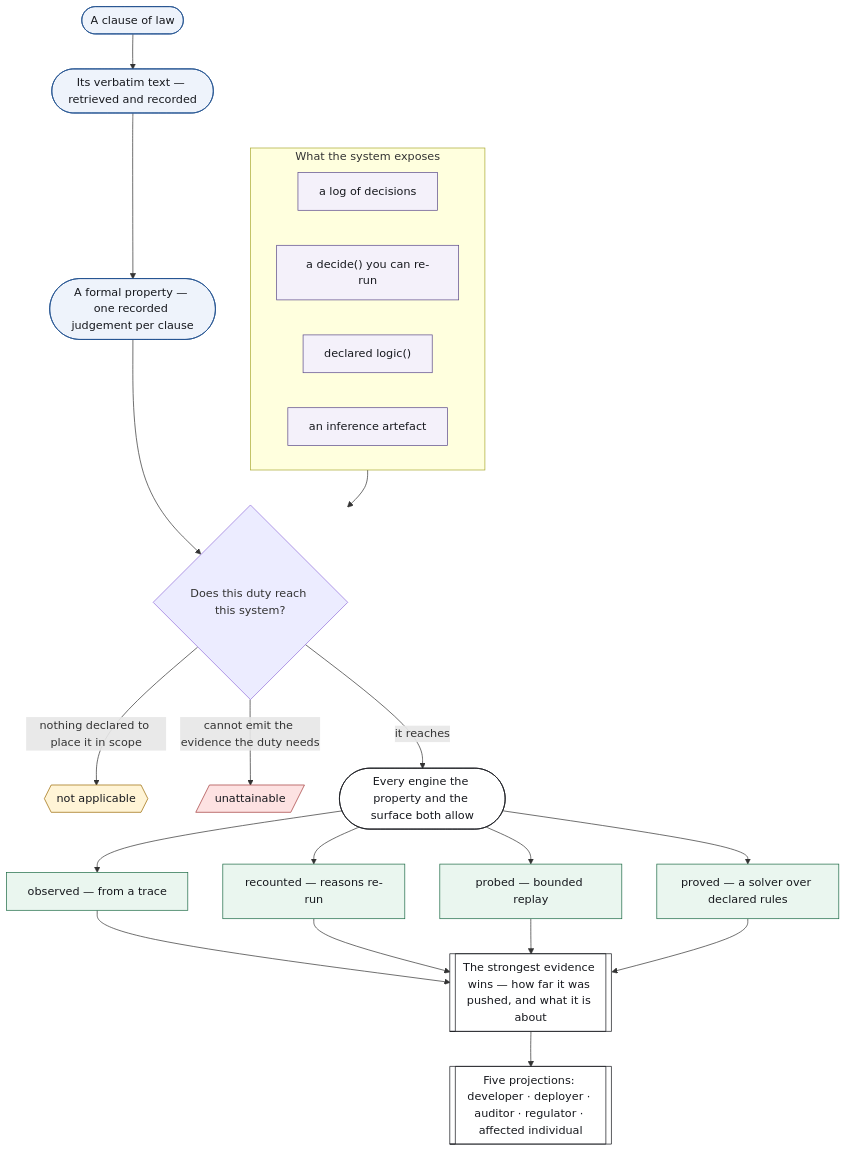
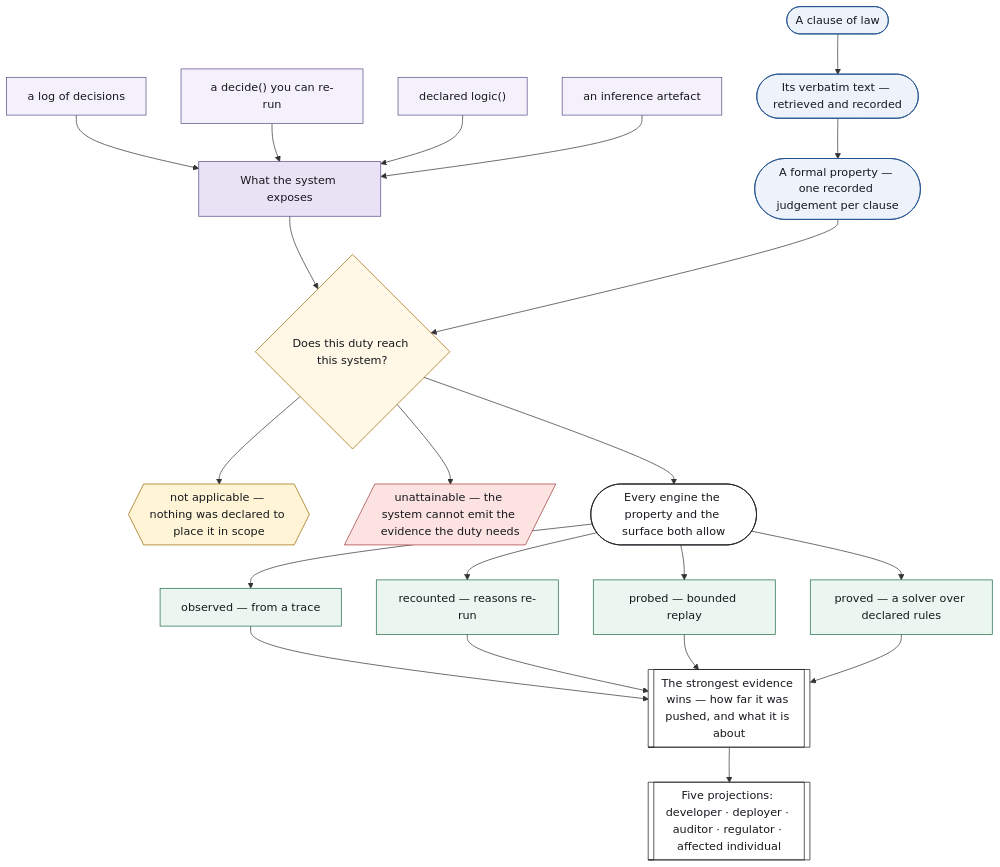
The diagram in README.md (SandroHub013/reasonsmith), drawn with Mermaid before and after one commit. The commit also changed 1 other file, not shown here.

Commit message:
fix: fan in exposed surfaces in README diagram (#167)
* fix: fan in exposed surfaces in README diagram

* fix: style README diagram decision nodes

````diff
--- a/README.md
+++ b/README.md
@@ -20,46 +20,47 @@
 ```mermaid
 flowchart TB
+    log["a log of decisions"] --> exposed
+    callable["a decide() you can re-run"] --> exposed
+    rules["declared logic()"] --> exposed
+    artefact["an inference artefact"] --> exposed
+    exposed["What the system exposes"] --> reach
+
     clause(["A clause of law"]) --> quote(["Its verbatim text — retrieved and recorded"])
     quote --> formula(["A formal property — one recorded judgement per clause"])
+    formula --> reach{"Does this duty reach this system?"}
 
-    subgraph exposed["What the system exposes"]
-        log["a log of decisions"]
-        callable["a decide() you can re-run"]
-        rules["declared logic()"]
-        artefact["an inference artefact"]
-    end
-
-    formula --> reach{"Does this duty reach this system?"}
-    exposed --> reach
-
-    reach -->|"nothing declared to place it in scope"| na{{"not applicable"}}
-    reach -->|"cannot emit the evidence the duty needs"| un[/"unattainable"/]
-    reach -->|"it reaches"| ladder(["Every engine the property and the surface both allow"])
+    reach --> na{{"not applicable — nothing was declared to place it in scope"}}
+    reach --> un[/"unattainable — the system cannot emit the evidence the duty needs"/]
+    reach --> ladder(["Every engine the property and the surface both allow"])
 
     ladder --> observed["observed — from a trace"]
     ladder --> recounted["recounted — reasons re-run"]
     ladder --> probed["probed — bounded replay"]
     ladder --> proved["proved — a solver over declared rules"]
 
     observed --> verdict
     recounted --> verdict
     probed --> verdict
     proved --> verdict
 
     verdict[["The strongest evidence wins — how far it was pushed, and what it is about"]]
     verdict --> five[["Five projections: developer · deployer · auditor · regulator · affected individual"]]
 
     classDef law fill:#eef3fb,stroke:#1f4f8f,color:#16181d
     classDef surface fill:#f4f1fa,stroke:#5b4a8a,color:#16181d
     classDef notapp fill:#fff4d6,stroke:#9a6700,color:#16181d
     classDef unattainable fill:#fde2e2,stroke:#a33a3a,color:#16181d
     classDef rung fill:#eaf6ef,stroke:#1d6b45,color:#16181d
     classDef outcome fill:#ffffff,stroke:#16181d,color:#16181d
+    classDef decision fill:#fff8e7,stroke:#9a6700,color:#16181d
+    classDef collector fill:#e9e2f5,stroke:#5b4a8a,color:#16181d
 
     class clause,quote,formula law
     class log,callable,rules,artefact surface
+    class exposed collector
+    class reach decision
     class na notapp
     class un unattainable
     class observed,recounted,probed,proved rung
     class ladder,verdict,five outcome
 ```
````
